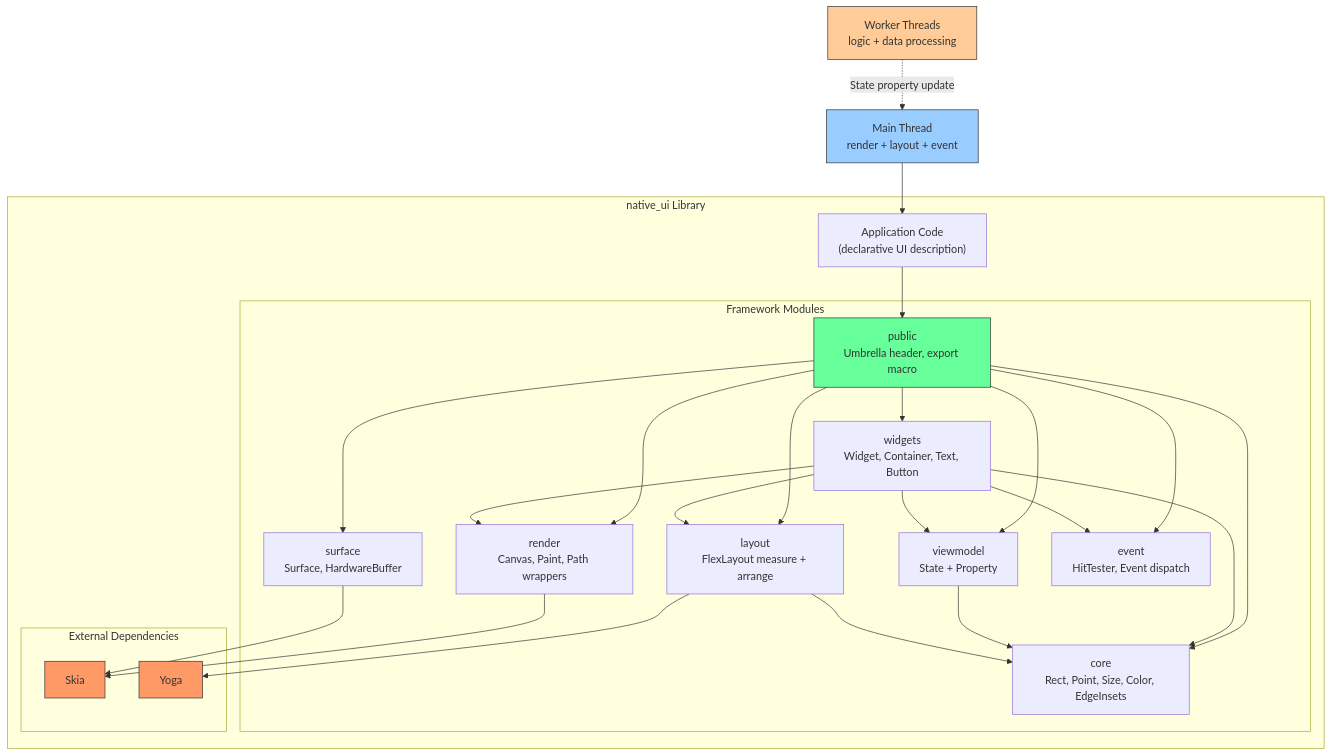
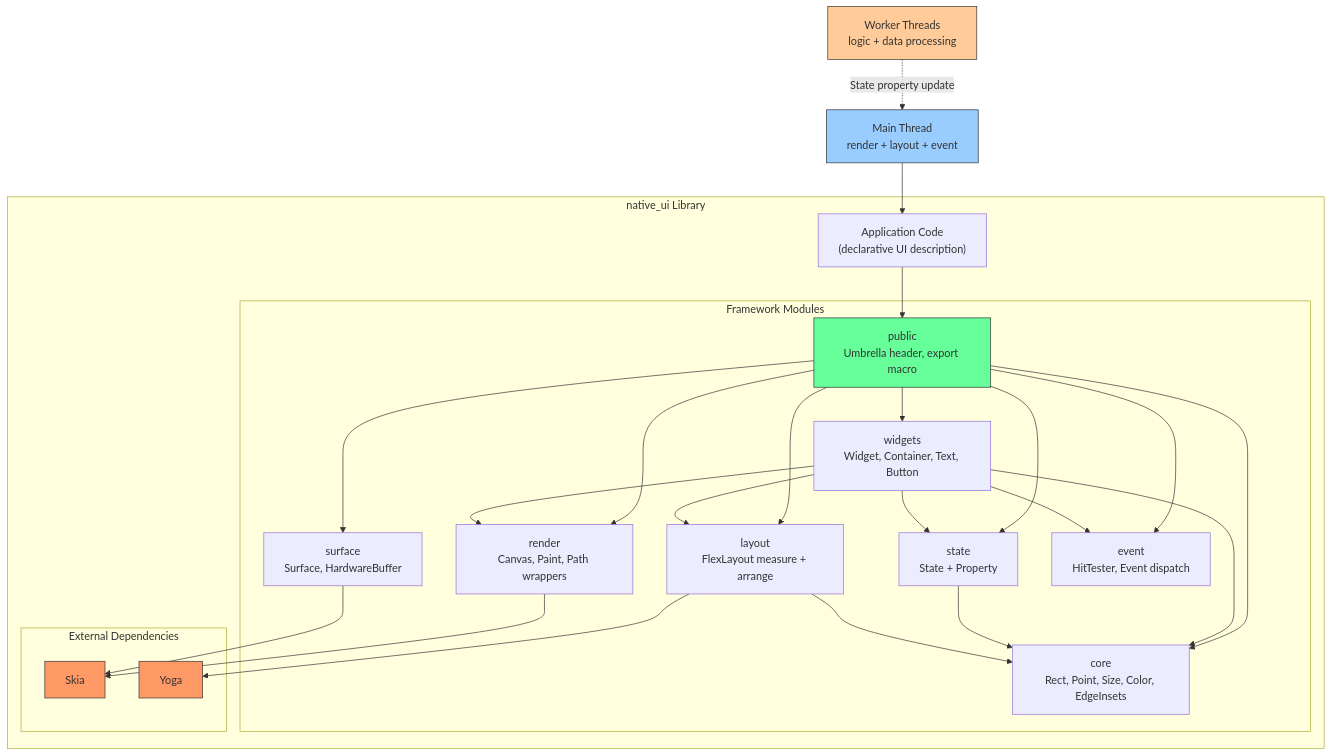
The first of 7 diagrams in specs/002-architecture-engineering-design/plan.md (oxsource/native_ui), drawn with Mermaid before and after one commit. The commit also changed other lines of this file and 26 other files, not shown here.

````diff
--- a/specs/002-architecture-engineering-design/plan.md
+++ b/specs/002-architecture-engineering-design/plan.md
@@ -110,53 +110,53 @@
 ```mermaid
 graph TD
     subgraph "native_ui Library"
         APP["Application Code<br/>(declarative UI description)"]
         
         subgraph "Framework Modules"
             CORE["core<br/>Rect, Point, Size, Color, EdgeInsets"]
             LAYOUT["layout<br/>FlexLayout measure + arrange"]
             RENDER["render<br/>Canvas, Paint, Path wrappers"]
             SURFACE["surface<br/>Surface, HardwareBuffer"]
             WIDGETS["widgets<br/>Widget, Container, Text, Button"]
-            VIEWMODEL["viewmodel<br/>State + Property<T>"]
+            VIEWMODEL["state<br/>State + Property<T>"]
             EVENT["event<br/>HitTester, Event dispatch"]
             PUBLIC["public<br/>Umbrella header, export macro"]
         end
         
         subgraph "External Dependencies"
             SKIA["Skia"]
             YOGA["Yoga"]
         end
         
         APP --> PUBLIC
         PUBLIC --> WIDGETS
         PUBLIC --> VIEWMODEL
         PUBLIC --> LAYOUT
         PUBLIC --> RENDER
         PUBLIC --> EVENT
         PUBLIC --> SURFACE
         PUBLIC --> CORE
         WIDGETS --> CORE
         WIDGETS --> VIEWMODEL
         WIDGETS --> LAYOUT
         WIDGETS --> RENDER
         WIDGETS --> EVENT
         VIEWMODEL --> CORE
         LAYOUT --> CORE
         LAYOUT --> YOGA
         RENDER --> SKIA
         SURFACE --> SKIA
     end
 
     MT["Main Thread<br/>render + layout + event"]
     WT["Worker Threads<br/>logic + data processing"]
 
     MT --> APP
     WT -.->|State property update| MT
 
     style SKIA fill:#f96,stroke:#333
     style YOGA fill:#f96,stroke:#333
     style PUBLIC fill:#6f9,stroke:#333
     style MT fill:#9cf,stroke:#333
     style WT fill:#fc9,stroke:#333
 ```
````
